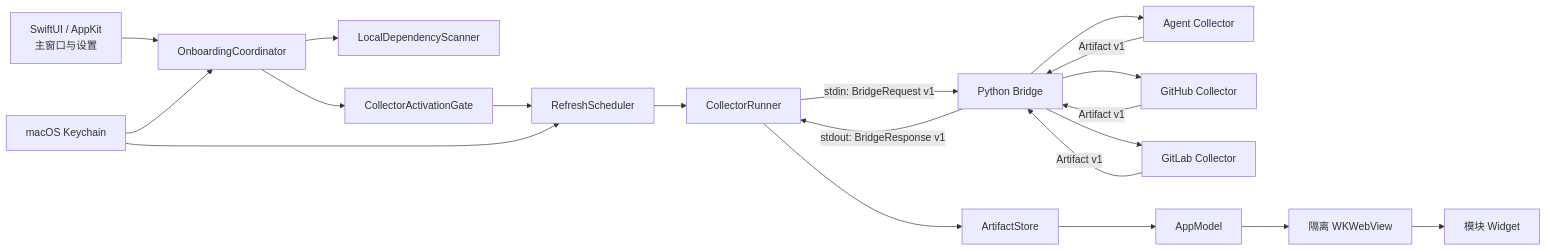
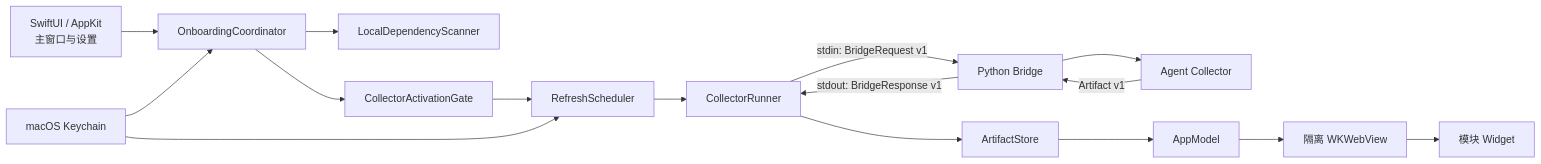
Before and after one commit to 4everSivan/Bruce: the diagram in docs/development/mddd 设计文档.md, drawn with Mermaid. The commit also changed other lines of this file and 59 other files, not shown here.

````diff
--- a/docs/development/mddd 设计文档.md
+++ b/docs/development/mddd 设计文档.md
@@ -524,22 +402,18 @@
 ```mermaid
 flowchart LR
     UI["SwiftUI / AppKit<br/>主窗口与设置"] --> CO["OnboardingCoordinator"]
     CO --> SCAN["LocalDependencyScanner"]
     CO --> GATE["CollectorActivationGate"]
     GATE --> SCHED["RefreshScheduler"]
     SCHED --> RUNNER["CollectorRunner"]
     RUNNER -->|stdin: BridgeRequest v1| BRIDGE["Python Bridge"]
     BRIDGE --> AGENT["Agent Collector"]
-    BRIDGE --> GH["GitHub Collector"]
-    BRIDGE --> GL["GitLab Collector"]
     AGENT -->|Artifact v1| BRIDGE
-    GH -->|Artifact v1| BRIDGE
-    GL -->|Artifact v1| BRIDGE
     BRIDGE -->|stdout: BridgeResponse v1| RUNNER
     RUNNER --> STORE["ArtifactStore"]
     STORE --> MODEL["AppModel"]
     MODEL --> HOST["隔离 WKWebView"]
     HOST --> WIDGET["模块 Widget"]
     KEYCHAIN["macOS Keychain"] --> CO
     KEYCHAIN --> SCHED
 ```
````
